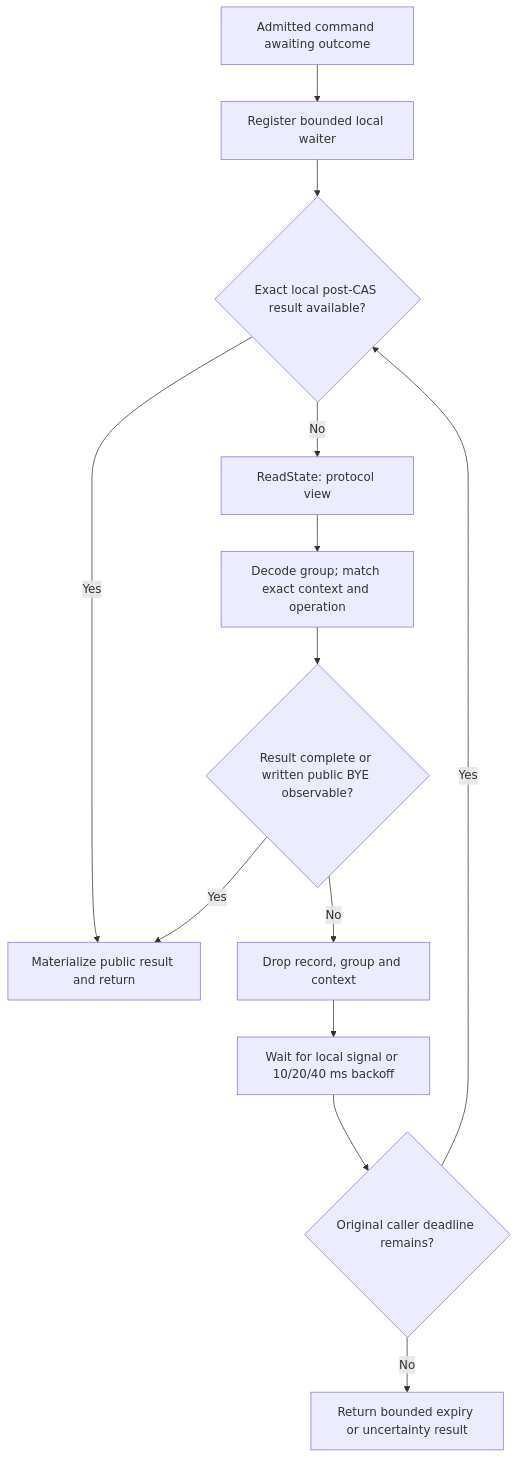
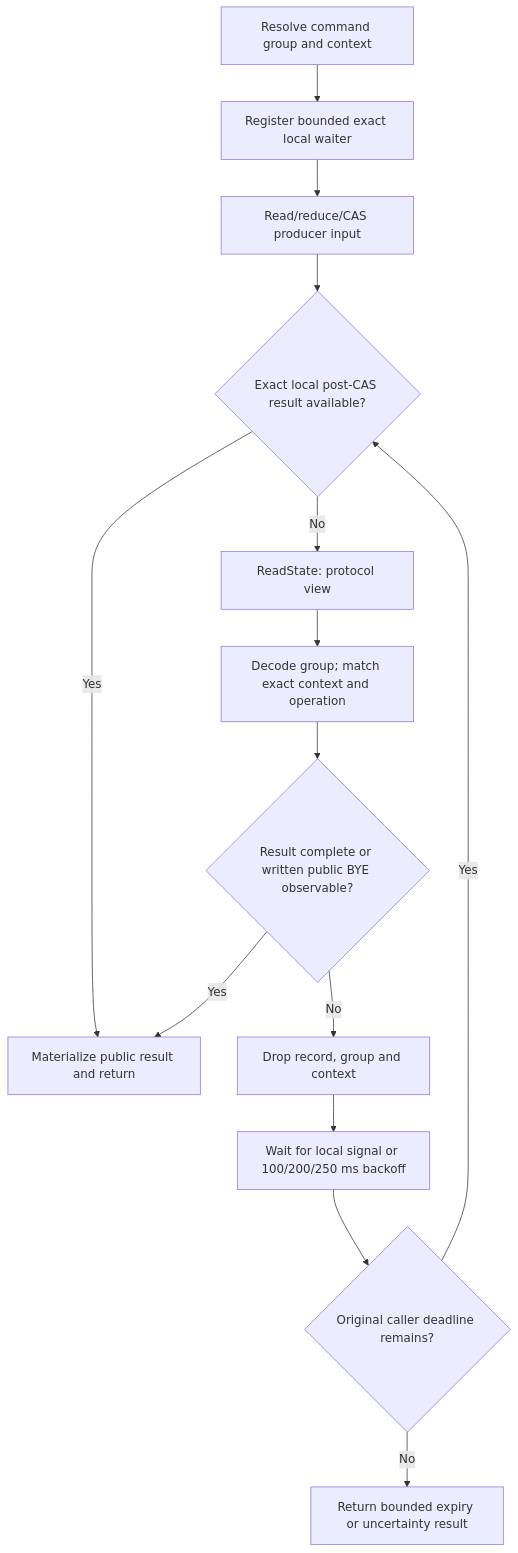
One commit to zyno-io/sipbridge changed the sixth of 10 diagrams in docs/operations/lifecycle.md. Above: the diagram before and after it, drawn with Mermaid. The commit also changed other lines of this file and 18 other files, not shown here.

````diff
--- a/docs/operations/lifecycle.md
+++ b/docs/operations/lifecycle.md
@@ -215,15 +222,16 @@
 ```mermaid
 flowchart TD
-    A[Admitted command awaiting outcome] --> B[Register bounded local waiter]
-    B --> C{Exact local post-CAS result available?}
+    A[Resolve command group and context] --> B[Register bounded exact local waiter]
+    B --> P[Read/reduce/CAS producer input]
+    P --> C{Exact local post-CAS result available?}
     C -- Yes --> D[Materialize public result and return]
     C -- No --> E[ReadState: protocol view]
     E --> F[Decode group; match exact context and operation]
     F --> G{Result complete or written public BYE observable?}
     G -- Yes --> D
     G -- No --> H[Drop record, group and context]
-    H --> I[Wait for local signal or 10/20/40 ms backoff]
+    H --> I[Wait for local signal or 100/200/250 ms backoff]
     I --> J{Original caller deadline remains?}
     J -- Yes --> C
     J -- No --> K[Return bounded expiry or uncertainty result]
 ```
````
